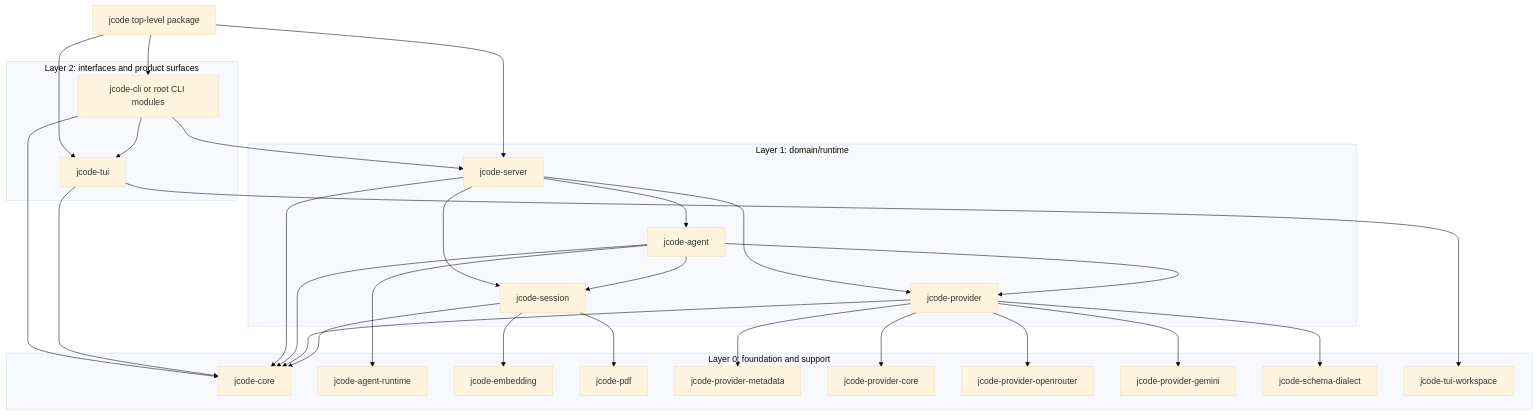
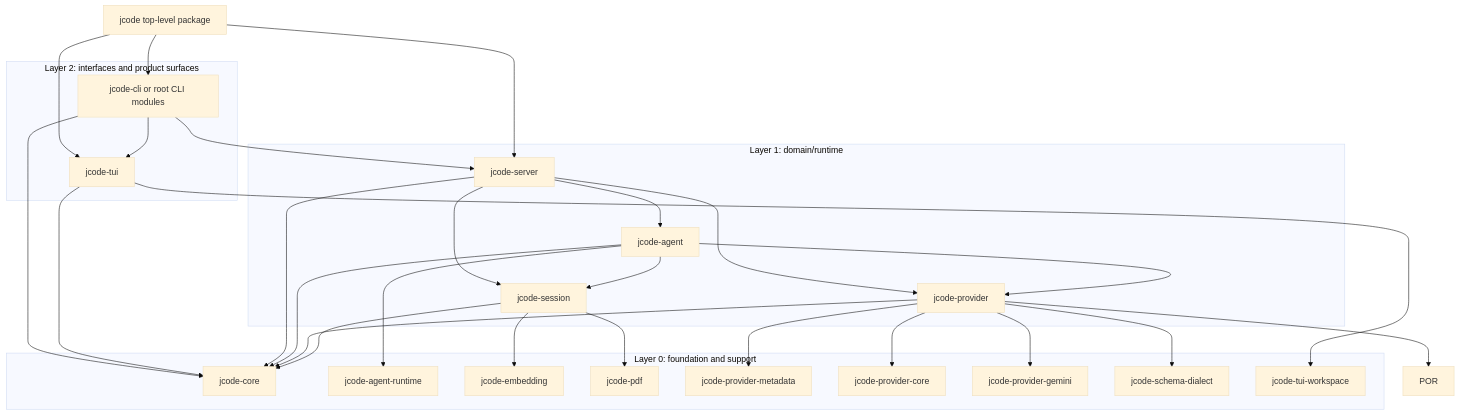
One commit to indrajeetadityaroy9/jcode changed the second of 2 diagrams in docs/MODULAR_ARCHITECTURE_RFC.md. Above: the diagram before and after it, drawn with Mermaid (base theme). The commit also changed other lines of this file and 236 other files, not shown here.

````diff
--- a/docs/MODULAR_ARCHITECTURE_RFC.md
+++ b/docs/MODULAR_ARCHITECTURE_RFC.md
@@ -411,61 +412,60 @@
 ```mermaid
 flowchart TD
   App[jcode top-level package]
 
   subgraph L2[Layer 2: interfaces and product surfaces]
     TUI[jcode-tui]
     CLI[jcode-cli or root CLI modules]
   end
 
   subgraph L1[Layer 1: domain/runtime]
     Server[jcode-server]
     Agent[jcode-agent]
     Provider[jcode-provider]
     Session[jcode-session]
   end
 
   subgraph L0[Layer 0: foundation and support]
     Core[jcode-core]
     AR[jcode-agent-runtime]
     Emb[jcode-embedding]
     PDF[jcode-pdf]
     PMeta[jcode-provider-metadata]
     PCore[jcode-provider-core]
-    POR[jcode-provider-openrouter]
     PGem[jcode-provider-gemini]
     Schema[jcode-schema-dialect]
     TW[jcode-tui-workspace]
   end
 
   App --> Server
   App --> TUI
   App --> CLI
 
   CLI --> Server
   CLI --> TUI
   CLI --> Core
 
   TUI --> Core
   TUI --> TW
 
   Server --> Agent
   Server --> Provider
   Server --> Session
   Server --> Core
 
   Agent --> Provider
   Agent --> Session
   Agent --> Core
   Agent --> AR
 
   Provider --> Core
   Provider --> PCore
   Provider --> PMeta
   Provider --> POR
   Provider --> PGem
   Provider --> Schema
 
   Session --> Core
   Session --> Emb
   Session --> PDF
 ```
````
